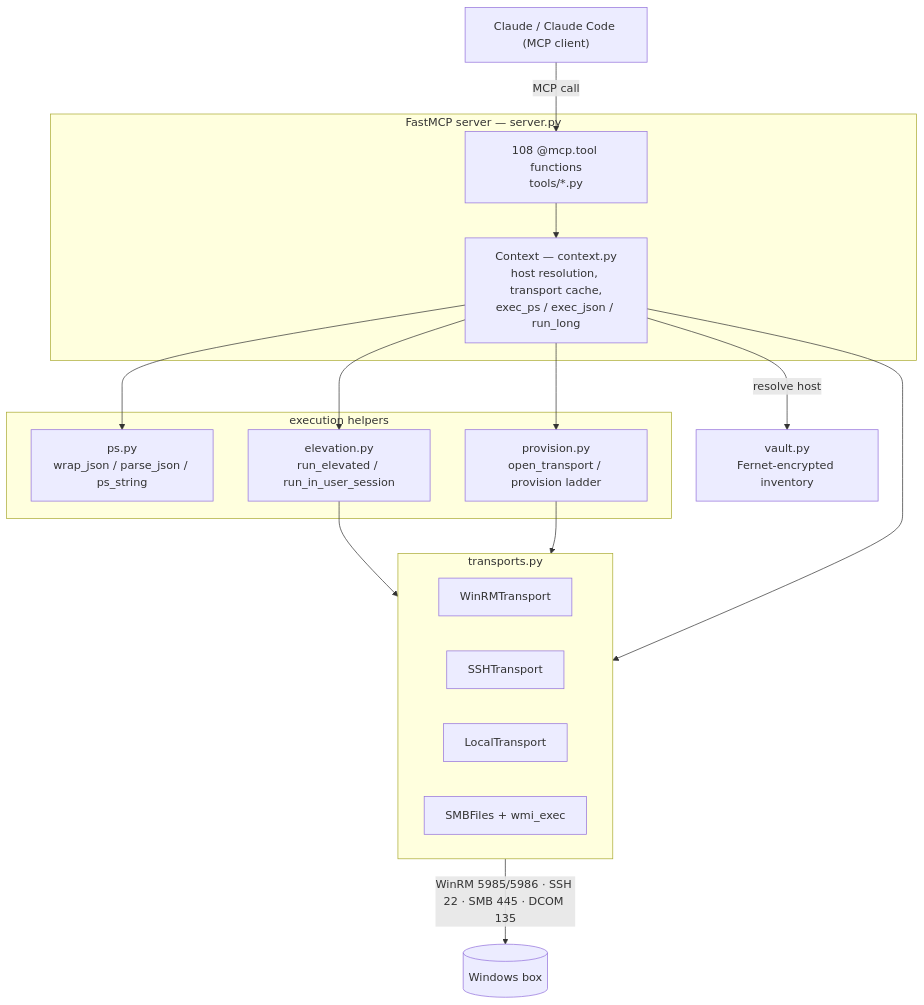
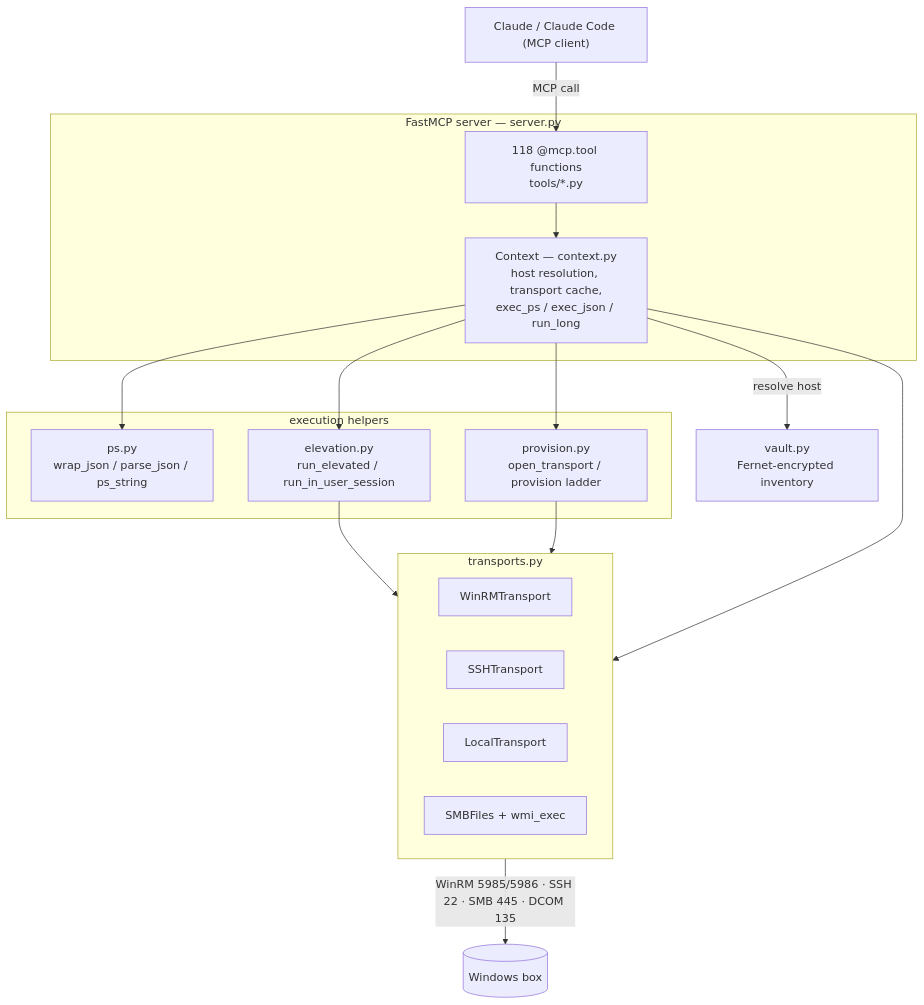
One commit to emog33k/winrdp-mcp changed the first of 2 diagrams in docs/ARCHITECTURE.md. Above: the diagram before and after it, drawn with Mermaid. The commit also changed other lines of this file and 8 other files, not shown here.

````diff
--- a/docs/ARCHITECTURE.md
+++ b/docs/ARCHITECTURE.md
@@ -51,32 +51,32 @@
 ```mermaid
 graph TD
     Claude["Claude / Claude Code (MCP client)"]
     subgraph server["FastMCP server — server.py"]
-        Tools["108 @mcp.tool functions<br/>tools/*.py"]
+        Tools["118 @mcp.tool functions<br/>tools/*.py"]
         Ctx["Context — context.py<br/>host resolution, transport cache,<br/>exec_ps / exec_json / run_long"]
     end
     subgraph exec["execution helpers"]
         PS["ps.py<br/>wrap_json / parse_json / ps_string"]
         Elev["elevation.py<br/>run_elevated / run_in_user_session"]
         Prov["provision.py<br/>open_transport / provision ladder"]
     end
     subgraph transports["transports.py"]
         WinRM["WinRMTransport"]
         SSH["SSHTransport"]
         Local["LocalTransport"]
         SMB["SMBFiles + wmi_exec"]
     end
     Vault["vault.py<br/>Fernet-encrypted inventory"]
     Box[("Windows box")]
 
     Claude -->|MCP call| Tools
     Tools --> Ctx
     Ctx --> PS
     Ctx --> Elev
     Ctx --> Prov
     Ctx -->|resolve host| Vault
     Prov --> transports
     Ctx --> transports
     Elev --> transports
     transports -->|WinRM 5985/5986 · SSH 22 · SMB 445 · DCOM 135| Box
 ```
````
